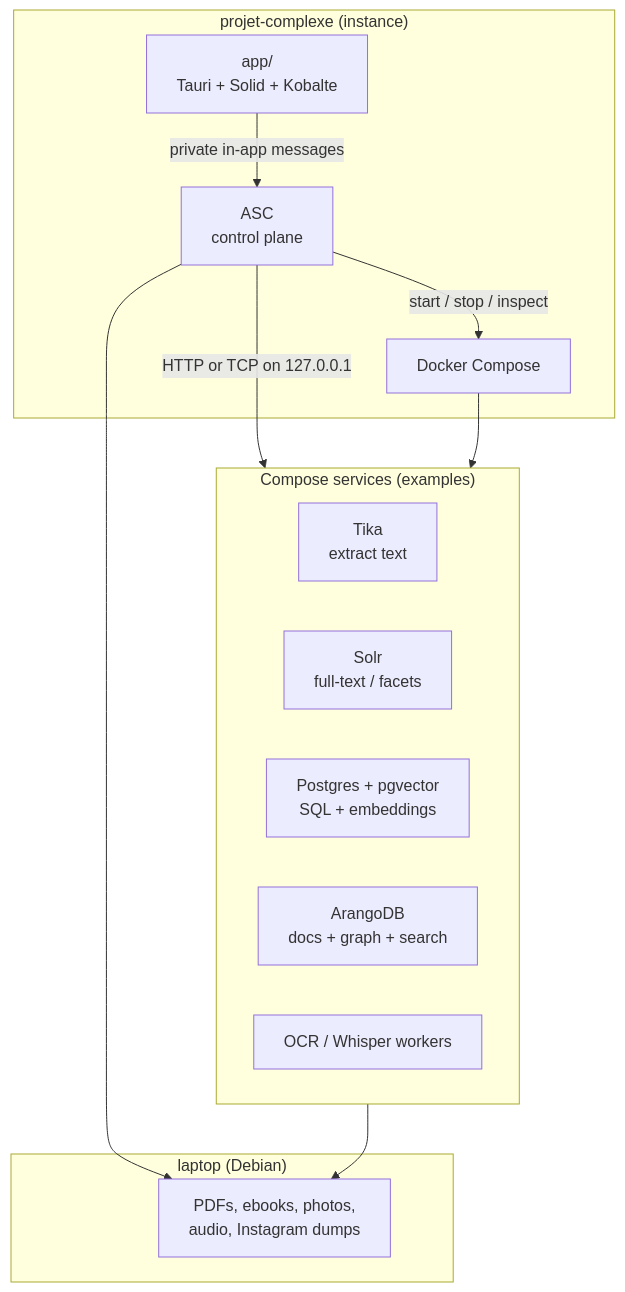
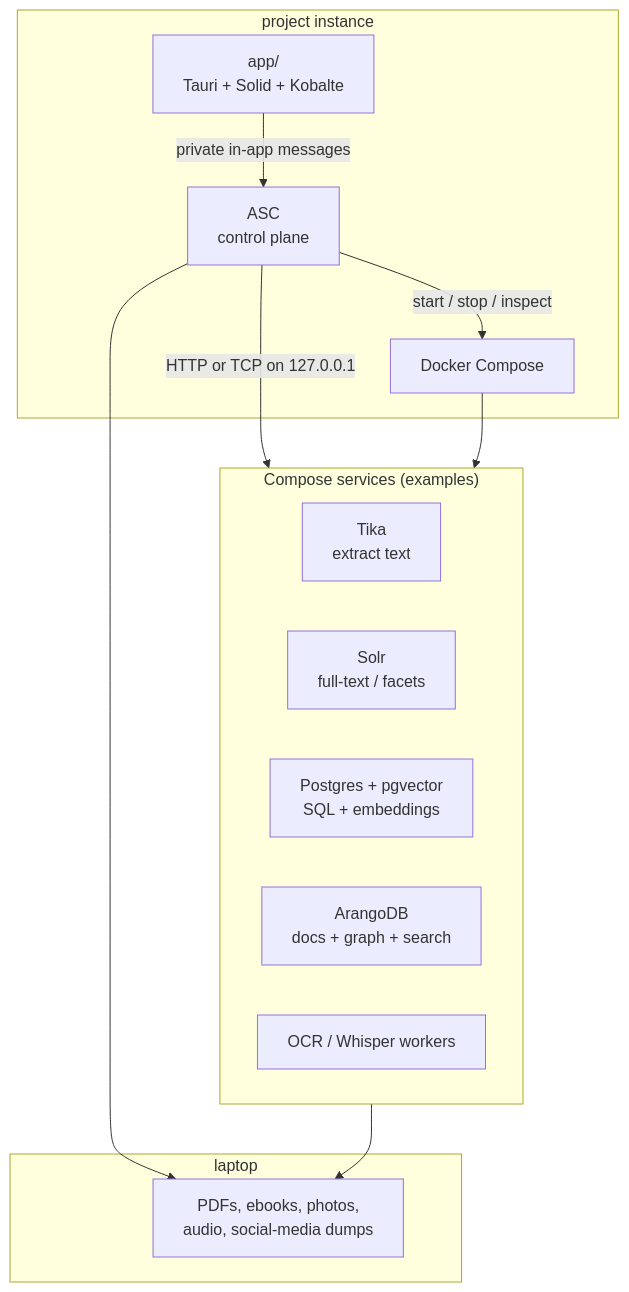
One commit to Paulmicha/projet-complexe-asc changed the first of 8 diagrams in data/ideas/2026/08/17-local-dev-stack-architecture.md. Above: the diagram before and after it, drawn with Mermaid. The commit also changed other lines of this file and 1 other file, not shown here.

Commit message:
docs: elaborate on the local dev stack architecture

````diff
--- a/data/ideas/2026/08/17-local-dev-stack-architecture.md
+++ b/data/ideas/2026/08/17-local-dev-stack-architecture.md
@@ -31,27 +34,27 @@
 ```mermaid
 flowchart TB
-  subgraph instance["projet-complexe (instance)"]
+  subgraph instance["project instance"]
     APP["app/<br/>Tauri + Solid + Kobalte"]
     ASC["ASC<br/>control plane"]
     COMPOSE["Docker Compose"]
   end
 
-  subgraph host["laptop (Debian)"]
-    FS["PDFs, ebooks, photos,<br/>audio, Instagram dumps"]
+  subgraph host["laptop"]
+    FS["PDFs, ebooks, photos,<br/>audio, social-media dumps"]
   end
 
   subgraph engines["Compose services (examples)"]
     TIKA["Tika<br/>extract text"]
     SOLR["Solr<br/>full-text / facets"]
     PG["Postgres + pgvector<br/>SQL + embeddings"]
     ARANGO["ArangoDB<br/>docs + graph + search"]
     OCR["OCR / Whisper workers"]
   end
 
   APP -->|"private in-app messages"| ASC
   ASC -->|"start / stop / inspect"| COMPOSE
   ASC -->|"HTTP or TCP on 127.0.0.1"| engines
   COMPOSE --> engines
   ASC --> FS
   engines --> FS
 ```
````
